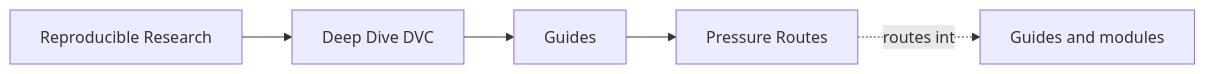
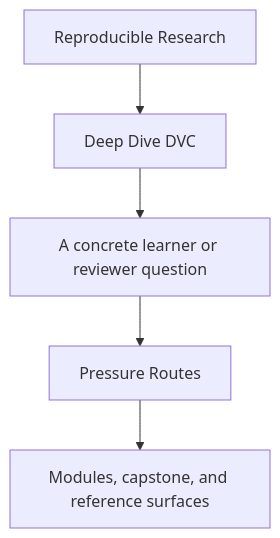
One commit to bijux/bijux-masterclass changed the first of 2 diagrams in programs/reproducible-research/deep-dive-dvc/course-book/guides/pressure-routes.md. Above: the diagram before and after it, drawn with Mermaid. The commit also changed other lines of this file and 31 other files, not shown here.

Commit message:
docs(deep-dive-dvc): sharpen guide and reference diagrams

````diff
--- a/programs/reproducible-research/deep-dive-dvc/course-book/guides/pressure-routes.md
+++ b/programs/reproducible-research/deep-dive-dvc/course-book/guides/pressure-routes.md
@@ -9,11 +9,7 @@
 ```mermaid
-graph LR
-  family["Reproducible Research"]
-  program["Deep Dive DVC"]
-  section["Guides"]
-  page["Pressure Routes"]
-  support["Guides and modules"]
-
-  family --> program --> section --> page
-  page -.routes into.-> support
+flowchart TD
+  family["Reproducible Research"] --> program["Deep Dive DVC"]
+  program --> pressure["A concrete learner or reviewer question"]
+  pressure --> guide["Pressure Routes"]
+  guide --> next["Modules, capstone, and reference surfaces"]
 ```
````
